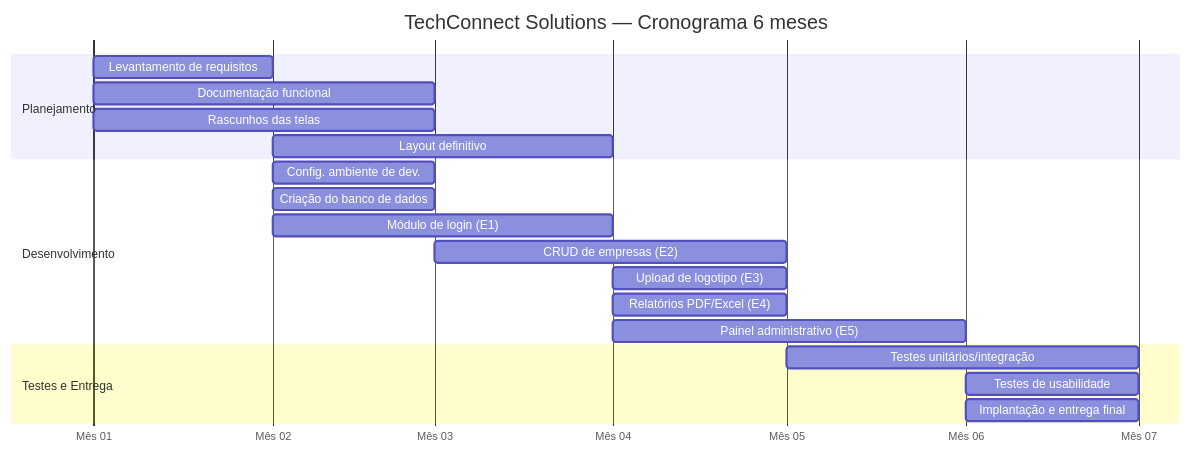
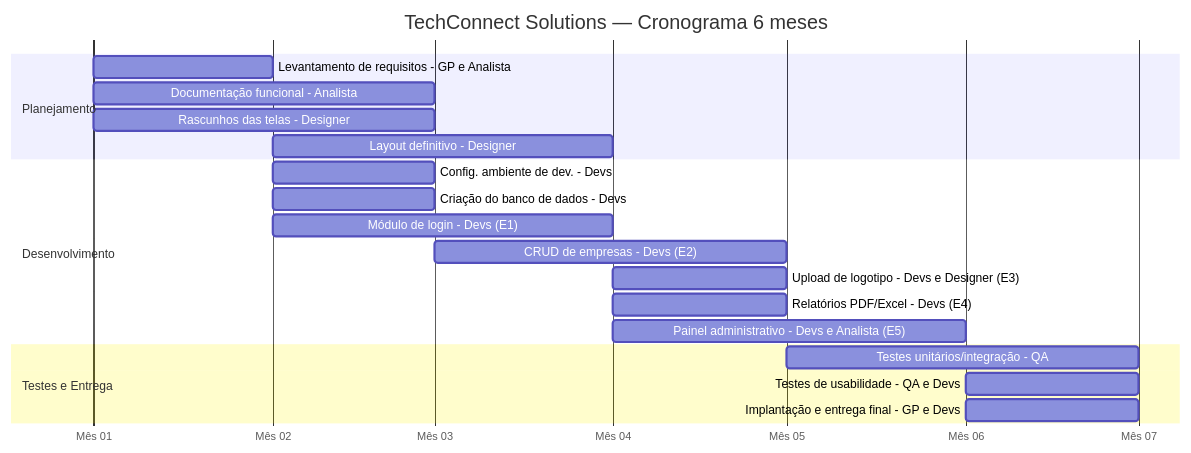
The first of 2 diagrams in README.md (gabrieelapl/TechConnect_Solutions), drawn with Mermaid before and after one commit. The commit also changed other lines of this file, not shown here.

````diff
--- a/README.md
+++ b/README.md
@@ -2,26 +2,26 @@
 ```mermaid
 gantt
     title TechConnect Solutions — Cronograma 6 meses
     dateFormat  MM
     axisFormat  Mês %m
 
     section Planejamento
-    Levantamento de requisitos     :a1, 01, 1M
-    Documentação funcional         :a2, 01, 2M
-    Rascunhos das telas            :a3, 01, 2M
-    Layout definitivo              :a4, 02, 2M
+    Levantamento de requisitos - GP e Analista     :a1, 01, 1M
+    Documentação funcional - Analista              :a2, 01, 2M
+    Rascunhos das telas - Designer                 :a3, 01, 2M
+    Layout definitivo - Designer                   :a4, 02, 2M
 
     section Desenvolvimento
-    Config. ambiente de dev.       :b1, 02, 1M
-    Criação do banco de dados      :b2, 02, 1M
-    Módulo de login (E1)           :b3, 02, 2M
-    CRUD de empresas (E2)          :b4, 03, 2M
-    Upload de logotipo (E3)        :b5, 04, 1M
-    Relatórios PDF/Excel (E4)      :b6, 04, 1M
-    Painel administrativo (E5)     :b7, 04, 2M
+    Config. ambiente de dev. - Devs                :b1, 02, 1M
+    Criação do banco de dados - Devs               :b2, 02, 1M
+    Módulo de login - Devs (E1)                    :b3, 02, 2M
+    CRUD de empresas - Devs (E2)                   :b4, 03, 2M
+    Upload de logotipo - Devs e Designer (E3)      :b5, 04, 1M
+    Relatórios PDF/Excel - Devs (E4)               :b6, 04, 1M
+    Painel administrativo - Devs e Analista (E5)   :b7, 04, 2M
 
     section Testes e Entrega
-    Testes unitários/integração    :c1, 05, 2M
-    Testes de usabilidade          :c2, 06, 1M
-    Implantação e entrega final    :c3, 06, 1M
+    Testes unitários/integração - QA               :c1, 05, 2M
+    Testes de usabilidade - QA e Devs              :c2, 06, 1M
+    Implantação e entrega final - GP e Devs        :c3, 06, 1M
 ```
````
